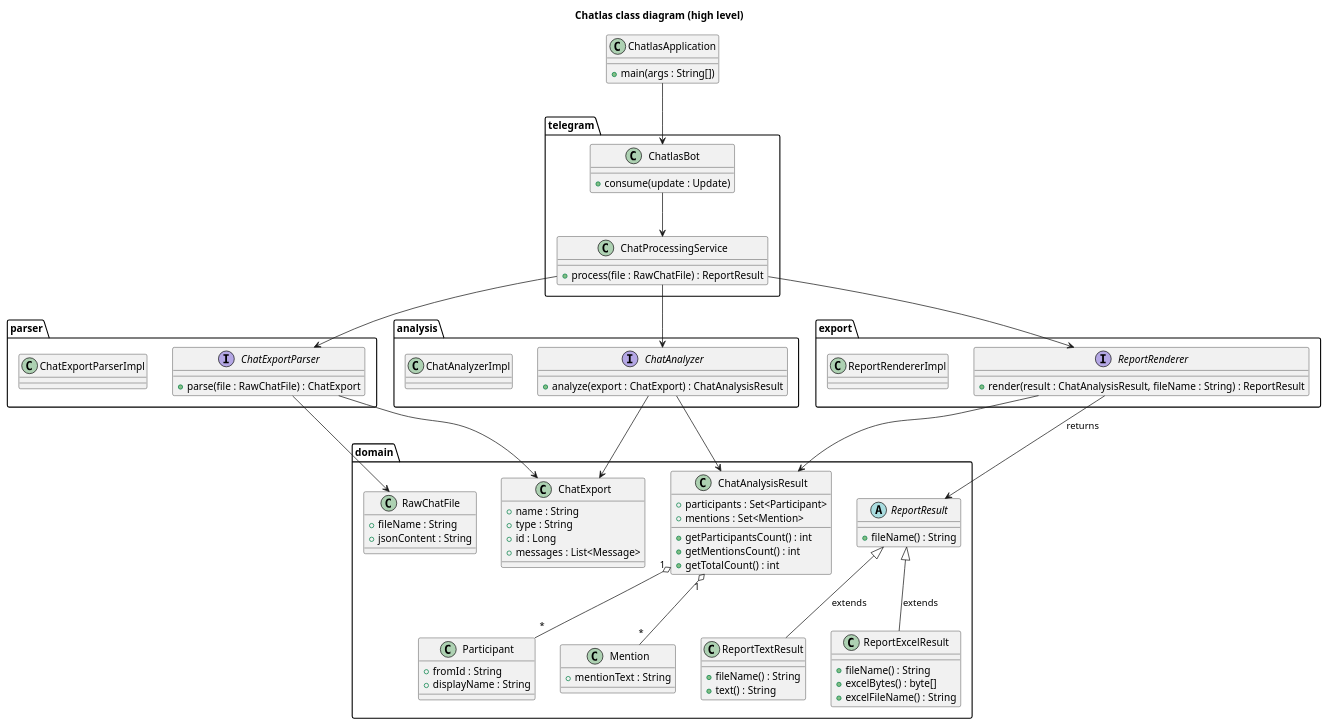
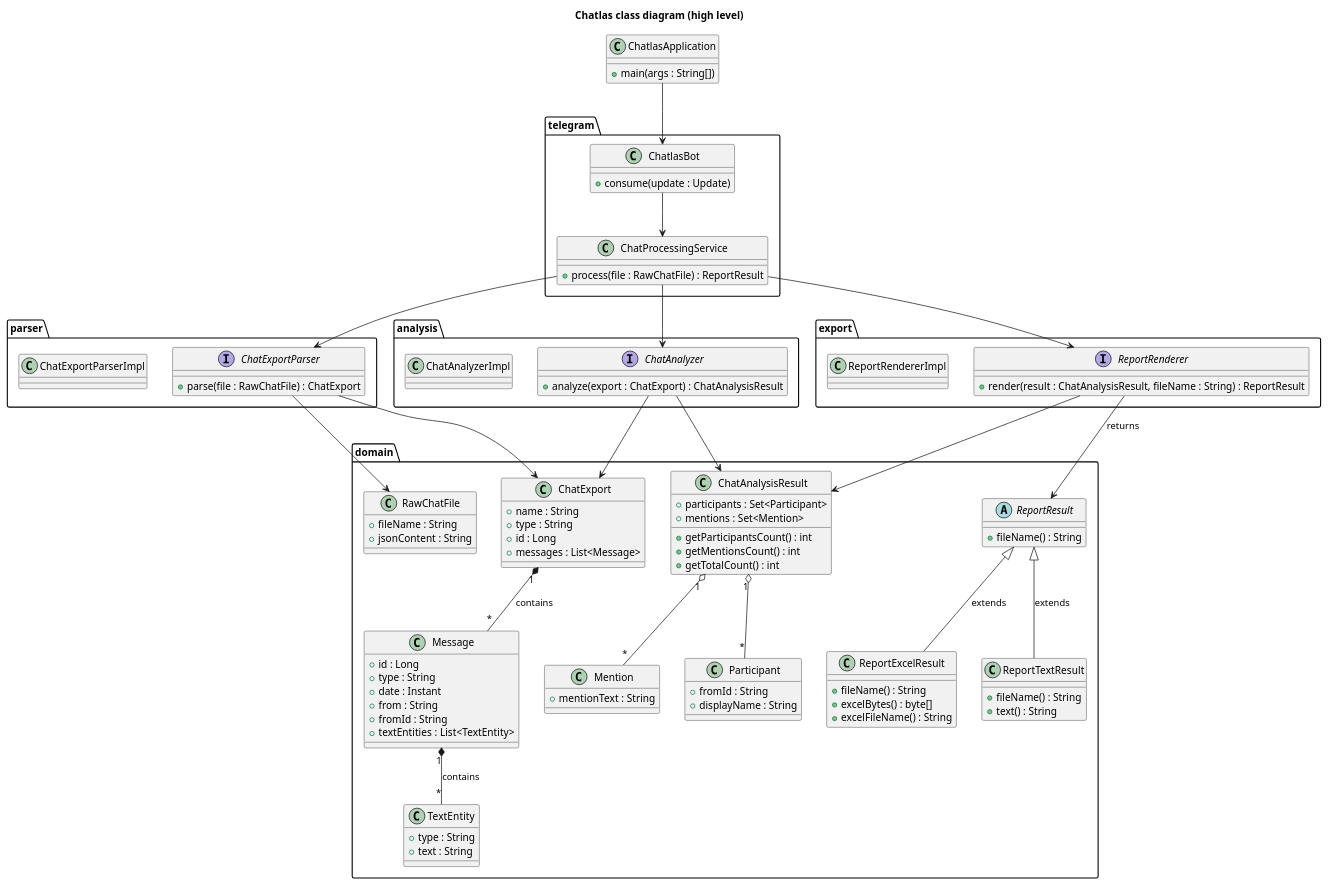
One commit to vspochernin/chatlas changed the diagram in docs/diagrams/domain_model.puml. Above: the diagram before and after it, drawn with PlantUML. The commit also changed 8 other files, not shown here.

```diff
--- a/docs/diagrams/domain_model.puml
+++ b/docs/diagrams/domain_model.puml
@@ -1,107 +1,124 @@
 @startuml domain_model
 title Chatlas class diagram (high level)
 
 package "domain" {
   class RawChatFile {
     + fileName : String
     + jsonContent : String
   }
 
   class ChatExport {
     + name : String
     + type : String
     + id : Long
     + messages : List<Message>
+  }
+
+  class Message {
+    + id : Long
+    + type : String
+    + date : Instant
+    + from : String
+    + fromId : String
+    + textEntities : List<TextEntity>
+  }
+
+  class TextEntity {
+    + type : String
+    + text : String
   }
 
   class Participant {
     + fromId : String
     + displayName : String
   }
 
   class Mention {
     + mentionText : String
   }
 
   class ChatAnalysisResult {
     + participants : Set<Participant>
     + mentions : Set<Mention>
     + getParticipantsCount() : int
     + getMentionsCount() : int
     + getTotalCount() : int
   }
 
   abstract class ReportResult {
     + fileName() : String
   }
 
   class ReportTextResult {
     + fileName() : String
     + text() : String
   }
 
   class ReportExcelResult {
     + fileName() : String
     + excelBytes() : byte[]
     + excelFileName() : String
   }
 }
 
 package "telegram" {
   class ChatlasBot {
     +consume(update : Update)
   }
 
   class ChatProcessingService {
     +process(file : RawChatFile) : ReportResult
   }
 }
 
 package "parser" {
   interface ChatExportParser {
     +parse(file : RawChatFile) : ChatExport
   }
   class ChatExportParserImpl
 }
 
 package "analysis" {
   interface ChatAnalyzer {
     +analyze(export : ChatExport) : ChatAnalysisResult
   }
   class ChatAnalyzerImpl
 }
 
 package "export" {
   interface ReportRenderer {
     +render(result : ChatAnalysisResult, fileName : String) : ReportResult
   }
   class ReportRendererImpl
 }
 
 class ChatlasApplication {
   +main(args : String[])
 }
 
 ' Связи между классами
 
 ChatlasApplication --> ChatlasBot
 ChatlasBot --> ChatProcessingService
 
 ChatProcessingService --> ChatExportParser
 ChatProcessingService --> ChatAnalyzer
 ChatProcessingService --> ReportRenderer
 
 ChatExportParser --> RawChatFile
 ChatExportParser --> ChatExport
 
+ChatExport "1" *-- "*" Message : contains
+Message "1" *-- "*" TextEntity : contains
+
 ChatAnalyzer --> ChatExport
 ChatAnalyzer --> ChatAnalysisResult
 ChatAnalysisResult "1" o-- "*" Participant
 ChatAnalysisResult "1" o-- "*" Mention
 
 ReportRenderer --> ChatAnalysisResult
 ReportRenderer --> ReportResult : returns
 ReportResult <|-- ReportTextResult : extends
 ReportResult <|-- ReportExcelResult : extends
 
 @enduml
```
